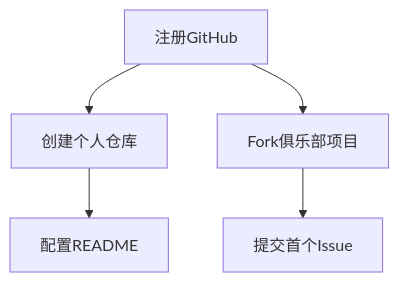
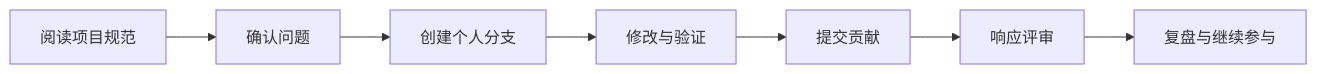
Before and after one commit to hust-open-atom-club/intro2oss: the diagram in docs/ch3/index.md, drawn with Mermaid. The commit also changed other lines of this file and 38 other files, not shown here.

````diff
--- a/docs/ch3/index.md
+++ b/docs/ch3/index.md
@@ -55,7 +28,9 @@
-    ```mermaid 
-    graph TB 
-    A[注册GitHub] --> B[创建个人仓库] 
-    A --> C[Fork俱乐部项目] 
-    B --> D[配置README] 
-    C --> E[提交首个Issue]
-    ```
+```mermaid
+graph LR
+    A[阅读项目规范] --> B[确认问题]
+    B --> C[创建个人分支]
+    C --> D[修改与验证]
+    D --> E[提交贡献]
+    E --> F[响应评审]
+    F --> G[复盘与继续参与]
+```
````
